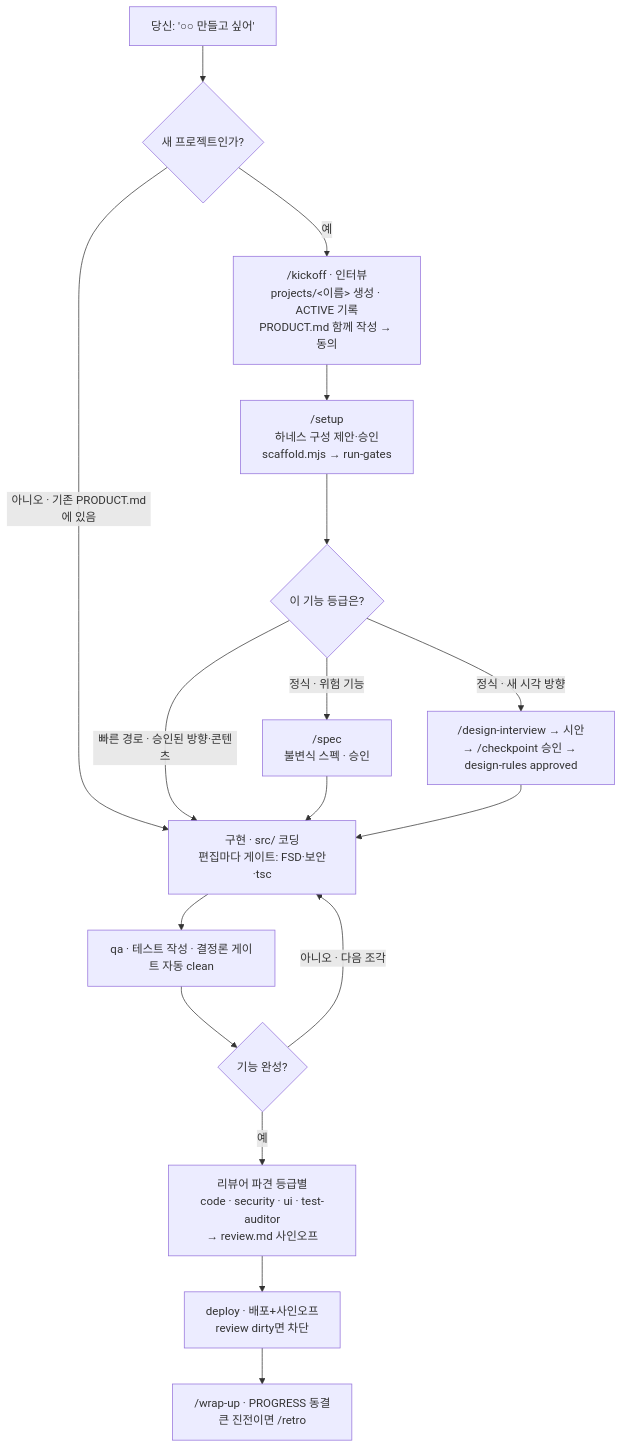
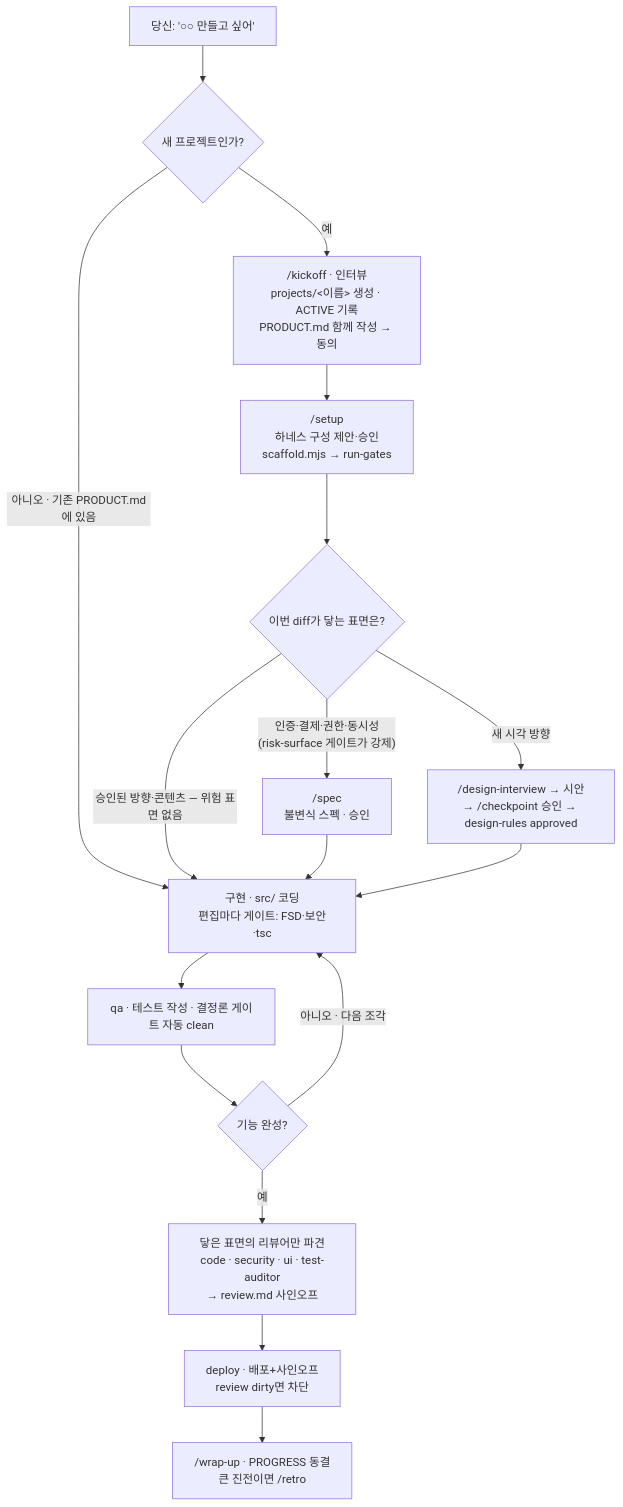
The diagram in docs/references/graph-engine.md (widkhdl11/webdev-colab-kit-ADAPTIVE), drawn with Mermaid before and after one commit. The commit also changed other lines of this file and 56 other files, not shown here.

````diff
--- a/docs/references/graph-engine.md
+++ b/docs/references/graph-engine.md
@@ -37,20 +85,20 @@
 ```mermaid
 flowchart TD
   U["당신: '○○ 만들고 싶어'"] --> Q1{"새 프로젝트인가?"}
   Q1 -->|"아니오 · 기존 PRODUCT.md에 있음"| IMPL
   Q1 -->|"예"| KO["/kickoff · 인터뷰<br/>projects/&lt;이름&gt; 생성 · ACTIVE 기록<br/>PRODUCT.md 함께 작성 → 동의"]
   KO --> SU["/setup<br/>하네스 구성 제안·승인<br/>scaffold.mjs → run-gates"]
-  SU --> GRADE{"이 기능 등급은?"}
-  GRADE -->|"빠른 경로 · 승인된 방향·콘텐츠"| IMPL
-  GRADE -->|"정식 · 위험 기능"| SPEC["/spec<br/>불변식 스펙 · 승인"]
-  GRADE -->|"정식 · 새 시각 방향"| DI["/design-interview → 시안<br/>→ /checkpoint 승인 → design-rules approved"]
+  SU --> SURF{"이번 diff가 닿는 표면은?"}
+  SURF -->|"승인된 방향·콘텐츠 — 위험 표면 없음"| IMPL
+  SURF -->|"인증·결제·권한·동시성<br/>(risk-surface 게이트가 강제)"| SPEC["/spec<br/>불변식 스펙 · 승인"]
+  SURF -->|"새 시각 방향"| DI["/design-interview → 시안<br/>→ /checkpoint 승인 → design-rules approved"]
   SPEC --> IMPL
   DI --> IMPL
   IMPL["구현 · src/ 코딩<br/>편집마다 게이트: FSD·보안·tsc"]
   IMPL --> QA["qa · 테스트 작성 · 결정론 게이트 자동 clean"]
   QA --> DONE{"기능 완성?"}
   DONE -->|"아니오 · 다음 조각"| IMPL
-  DONE -->|"예"| REV["리뷰어 파견 등급별<br/>code · security · ui · test-auditor<br/>→ review.md 사인오프"]
+  DONE -->|"예"| REV["닿은 표면의 리뷰어만 파견<br/>code · security · ui · test-auditor<br/>→ review.md 사인오프"]
   REV --> DEP["deploy · 배포+사인오프<br/>review dirty면 차단"]
   DEP --> WRAP["/wrap-up · PROGRESS 동결<br/>큰 진전이면 /retro"]
 ```
````
